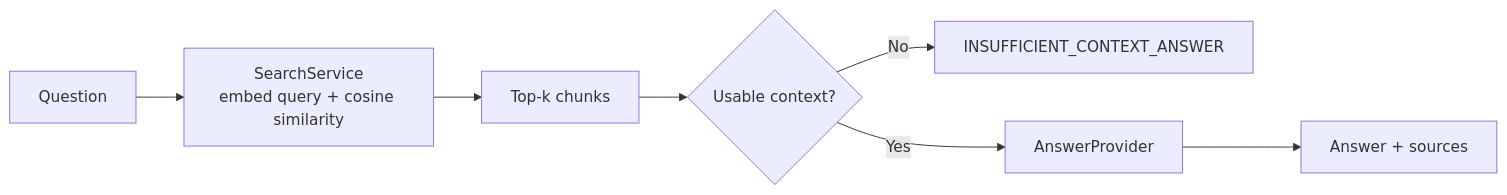
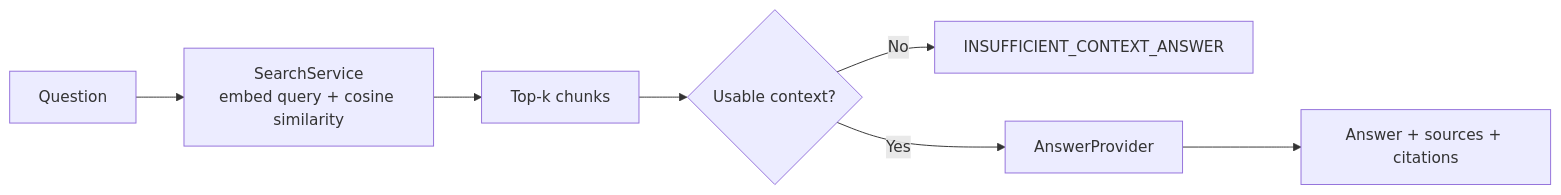
Before and after one commit to andreytsirukhin-png/AI-Presales: the third of 3 diagrams in docs/architecture.md, drawn with Mermaid. The commit also changed other lines of this file and 48 other files, not shown here.

````diff
--- a/docs/architecture.md
+++ b/docs/architecture.md
@@ -109,9 +109,9 @@
 ```mermaid
 flowchart LR
     Q["Question"] --> Search["SearchService<br/>embed query + cosine similarity"]
     Search --> Chunks["Top-k chunks"]
     Chunks --> Context{"Usable context?"}
     Context -->|No| Fallback["INSUFFICIENT_CONTEXT_ANSWER"]
     Context -->|Yes| Provider["AnswerProvider"]
-    Provider --> Answer["Answer + sources"]
+    Provider --> Answer["Answer + sources + citations"]
 ```
````
